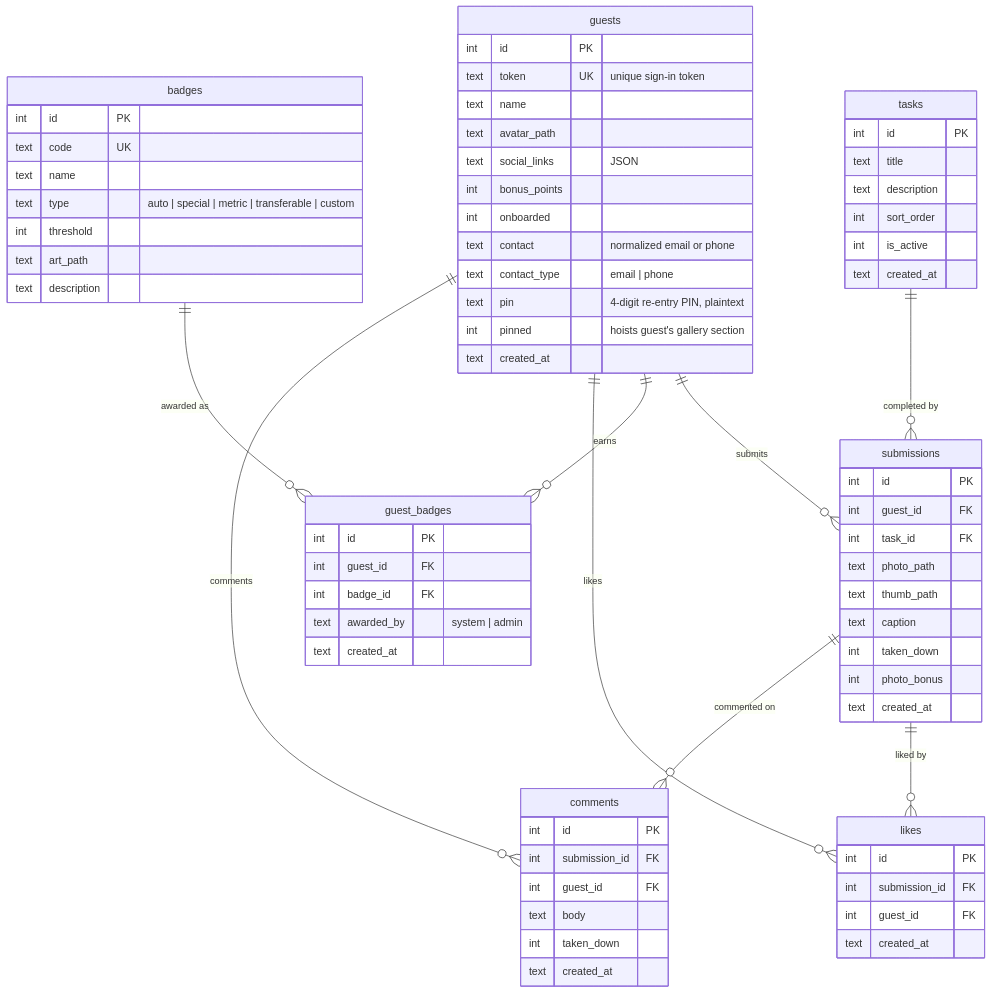
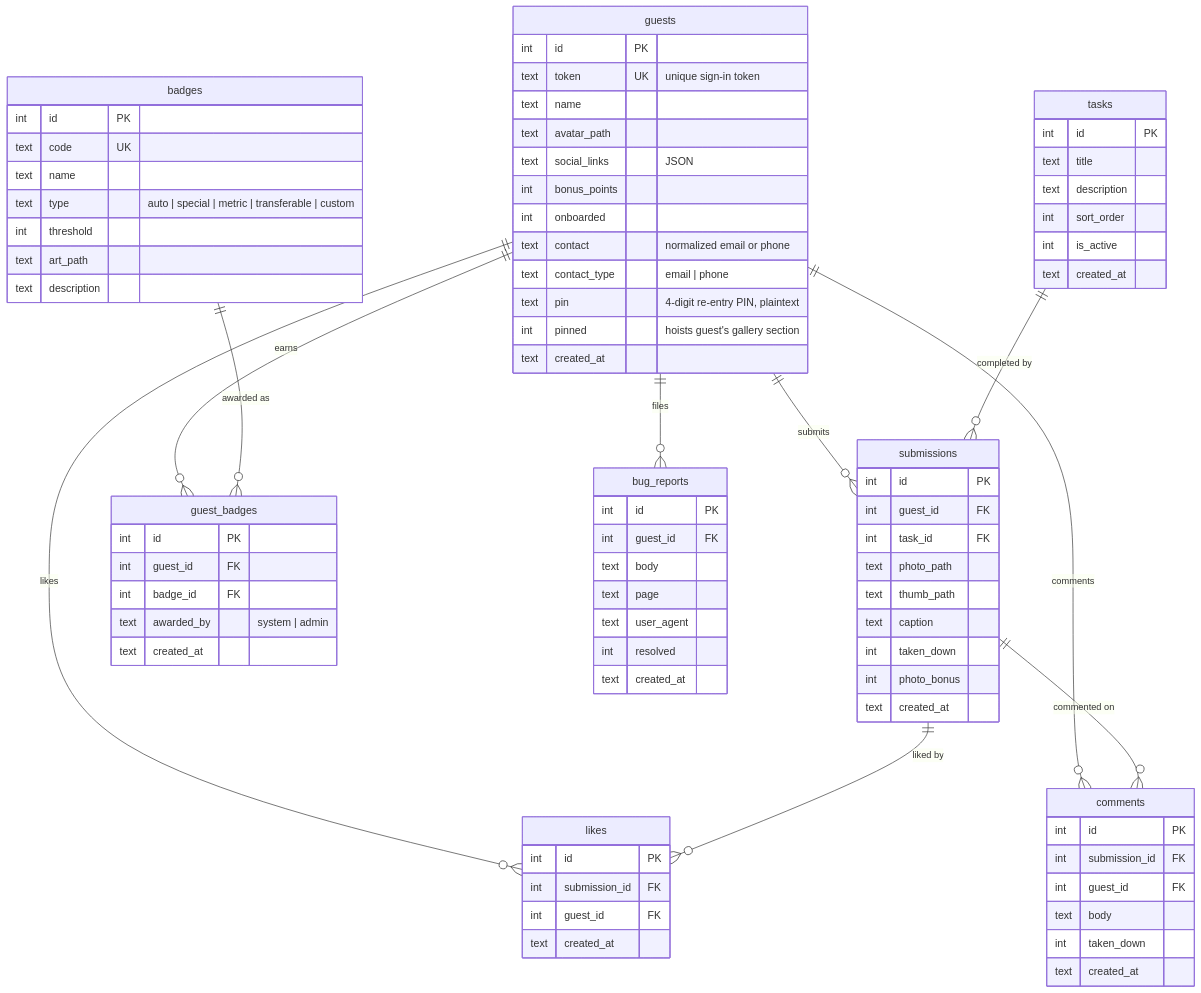
Before and after one commit to TrevorHumble/TaskMasterWedding: the second of 2 diagrams in docs/architecture.md, drawn with Mermaid. The commit also changed other lines of this file and 26 other files, not shown here.

````diff
--- a/docs/architecture.md
+++ b/docs/architecture.md
@@ -60,6 +60,7 @@
     submissions ||--o{ likes : "liked by"
     guests ||--o{ comments : "comments"
     submissions ||--o{ comments : "commented on"
+    guests ||--o{ bug_reports : "files"
 
     guests {
         int id PK
@@ -124,4 +125,13 @@
         int taken_down
         text created_at
     }
+    bug_reports {
+        int id PK
+        int guest_id FK
+        text body
+        text page
+        text user_agent
+        int resolved
+        text created_at
+    }
 ```
````
